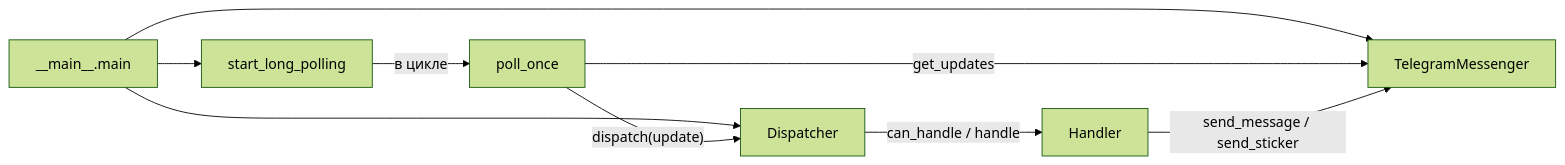
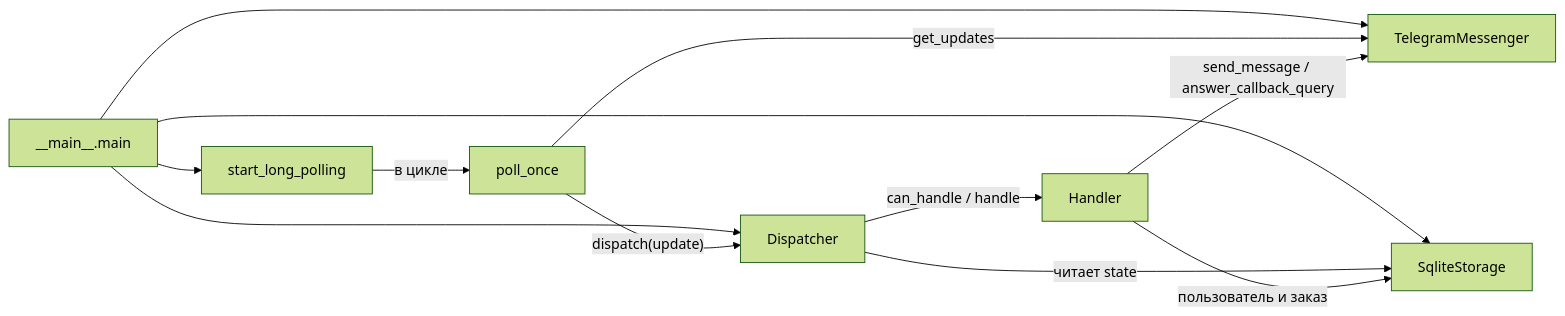
The diagram in README.md (olegsklyarov/unn-2026-sklyarov), drawn with Mermaid (forest theme) before and after one commit. The commit also changed other lines of this file and 35 other files, not shown here.

First line of the commit message:
Replace the echo bot with a pizza order flow stored in SQLite.

````diff
--- a/README.md
+++ b/README.md
@@ -9,11 +9,14 @@
 ```mermaid
 flowchart LR
     main["__main__.main"] --> TelegramMessenger
+    main --> SqliteStorage
     main --> Dispatcher
     main --> start_long_polling
     start_long_polling -->|"в цикле"| poll_once
     poll_once -->|"get_updates"| TelegramMessenger
     poll_once -->|"dispatch(update)"| Dispatcher
+    Dispatcher -->|"читает state"| SqliteStorage
     Dispatcher -->|"can_handle / handle"| Handler
-    Handler -->|"send_message / send_sticker"| TelegramMessenger
+    Handler -->|"send_message / answer_callback_query"| TelegramMessenger
+    Handler -->|"пользователь и заказ"| SqliteStorage
 ```
````
